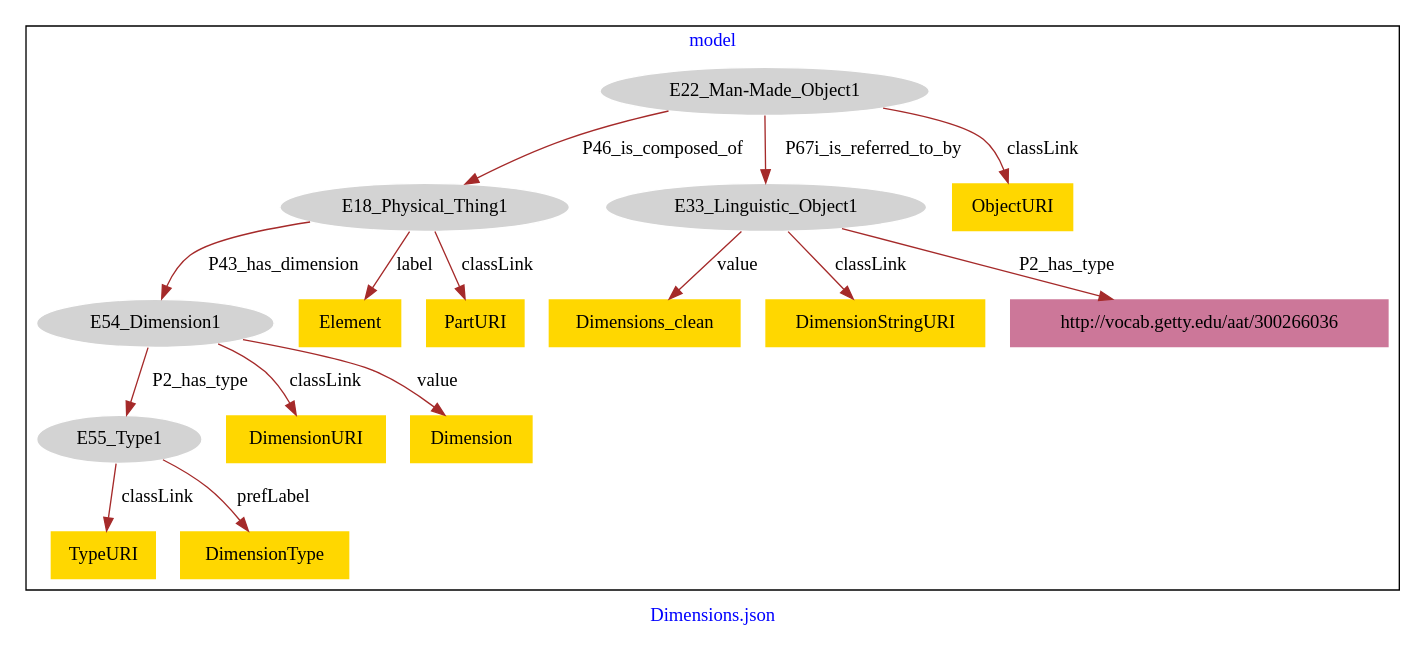
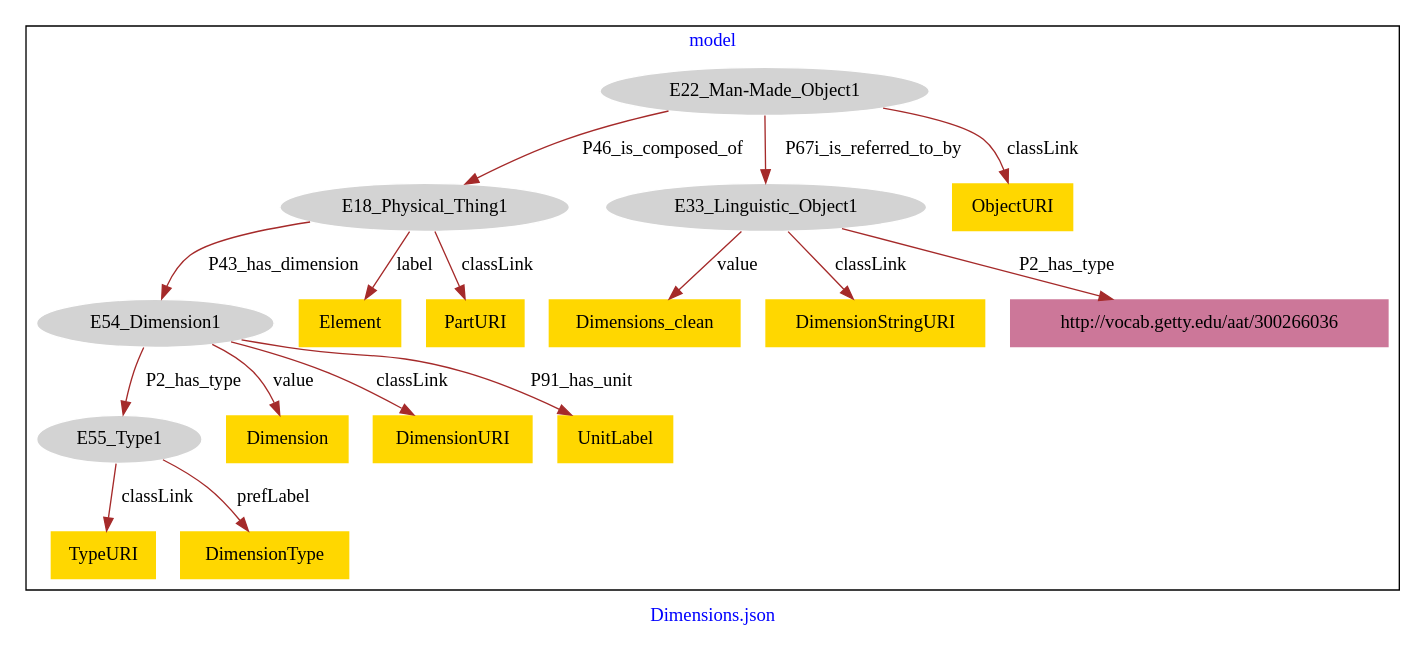
Before and after one commit to american-art/GM: the diagram in Dimensions/Dimensions-model.dot, drawn with Graphviz.

Commit message:
Update file Dimensions-model.dot

```diff
--- a/Dimensions/Dimensions-model.dot
+++ b/Dimensions/Dimensions-model.dot
@@ -1,37 +1,39 @@
 digraph n0 {
 fontcolor="blue"
 remincross="true"
 label="Dimensions.json"
 subgraph cluster {
 label="model"
 n2[style="filled",color="white",fillcolor="lightgray",label="E18_Physical_Thing1"];
 n3[style="filled",color="white",fillcolor="lightgray",label="E54_Dimension1"];
 n4[style="filled",color="white",fillcolor="lightgray",label="E22_Man-Made_Object1"];
 n5[style="filled",color="white",fillcolor="lightgray",label="E33_Linguistic_Object1"];
 n6[style="filled",color="white",fillcolor="lightgray",label="E55_Type1"];
 n7[shape="plaintext",style="filled",fillcolor="gold",label="Dimensions_clean"];
-n8[shape="plaintext",style="filled",fillcolor="gold",label="DimensionURI"];
-n9[shape="plaintext",style="filled",fillcolor="gold",label="Element"];
-n10[shape="plaintext",style="filled",fillcolor="gold",label="ObjectURI"];
-n11[shape="plaintext",style="filled",fillcolor="gold",label="TypeURI"];
-n12[shape="plaintext",style="filled",fillcolor="gold",label="DimensionStringURI"];
-n13[shape="plaintext",style="filled",fillcolor="gold",label="Dimension"];
-n14[shape="plaintext",style="filled",fillcolor="gold",label="DimensionType"];
-n15[shape="plaintext",style="filled",fillcolor="gold",label="PartURI"];
-n16[shape="plaintext",style="filled",fillcolor="#CC7799",label="http://vocab.getty.edu/aat/300266036"];
+n8[shape="plaintext",style="filled",fillcolor="gold",label="Element"];
+n9[shape="plaintext",style="filled",fillcolor="gold",label="Dimension"];
+n10[shape="plaintext",style="filled",fillcolor="gold",label="DimensionURI"];
+n11[shape="plaintext",style="filled",fillcolor="gold",label="PartURI"];
+n12[shape="plaintext",style="filled",fillcolor="gold",label="UnitLabel"];
+n13[shape="plaintext",style="filled",fillcolor="gold",label="ObjectURI"];
+n14[shape="plaintext",style="filled",fillcolor="gold",label="DimensionStringURI"];
+n15[shape="plaintext",style="filled",fillcolor="gold",label="TypeURI"];
+n16[shape="plaintext",style="filled",fillcolor="gold",label="DimensionType"];
+n17[shape="plaintext",style="filled",fillcolor="#CC7799",label="http://vocab.getty.edu/aat/300266036"];
 }
 n2 -> n3[color="brown",fontcolor="black",label="P43_has_dimension"]
 n4 -> n2[color="brown",fontcolor="black",label="P46_is_composed_of"]
 n4 -> n5[color="brown",fontcolor="black",label="P67i_is_referred_to_by"]
 n3 -> n6[color="brown",fontcolor="black",label="P2_has_type"]
 n5 -> n7[color="brown",fontcolor="black",label="value"]
-n3 -> n8[color="brown",fontcolor="black",label="classLink"]
-n2 -> n9[color="brown",fontcolor="black",label="label"]
-n4 -> n10[color="brown",fontcolor="black",label="classLink"]
-n6 -> n11[color="brown",fontcolor="black",label="classLink"]
-n5 -> n12[color="brown",fontcolor="black",label="classLink"]
-n3 -> n13[color="brown",fontcolor="black",label="value"]
-n6 -> n14[color="brown",fontcolor="black",label="prefLabel"]
-n2 -> n15[color="brown",fontcolor="black",label="classLink"]
-n5 -> n16[color="brown",fontcolor="black",label="P2_has_type"]
+n2 -> n8[color="brown",fontcolor="black",label="label"]
+n3 -> n9[color="brown",fontcolor="black",label="value"]
+n3 -> n10[color="brown",fontcolor="black",label="classLink"]
+n2 -> n11[color="brown",fontcolor="black",label="classLink"]
+n3 -> n12[color="brown",fontcolor="black",label="P91_has_unit"]
+n4 -> n13[color="brown",fontcolor="black",label="classLink"]
+n5 -> n14[color="brown",fontcolor="black",label="classLink"]
+n6 -> n15[color="brown",fontcolor="black",label="classLink"]
+n6 -> n16[color="brown",fontcolor="black",label="prefLabel"]
+n5 -> n17[color="brown",fontcolor="black",label="P2_has_type"]
 }
```
